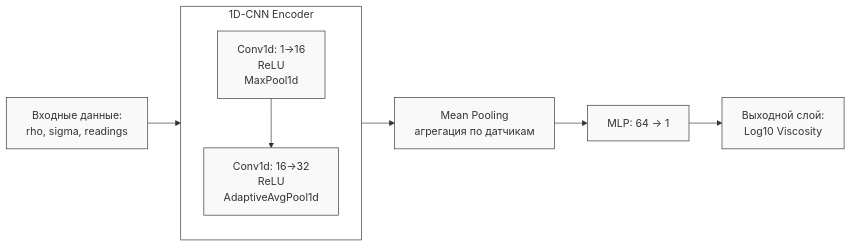
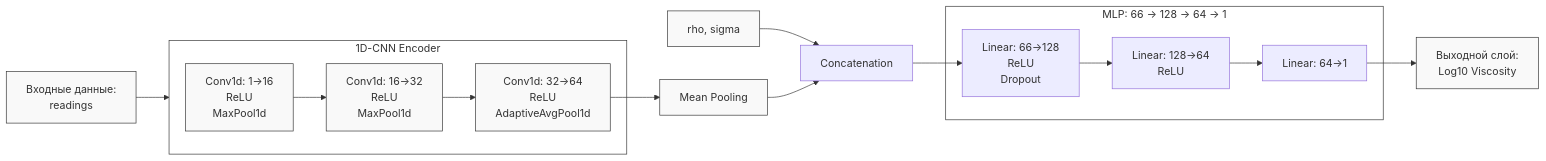
One commit to Stepaijio/goodagent changed the diagram in ML_Variant2_Analysis.md. Above: the diagram before and after it, drawn with Mermaid. The commit also changed other lines of this file, not shown here.

Commit message:
Update ML_Variant2_Analysis.md with refined architecture diagram

````diff
--- a/ML_Variant2_Analysis.md
+++ b/ML_Variant2_Analysis.md
@@ -9,23 +9,38 @@
 ```mermaid
 graph LR
-    Input[Входные данные:<br/>rho, sigma, readings] --> CNN[1D-CNN Encoder]
+    Input[Входные данные:<br/>readings] --> CNN
     
     subgraph CNN [1D-CNN Encoder]
         C1[Conv1d: 1->16<br/>ReLU<br/>MaxPool1d]
-        C2[Conv1d: 16->32<br/>ReLU<br/>AdaptiveAvgPool1d]
-        C1 --> C2
+        C2[Conv1d: 16->32<br/>ReLU<br/>MaxPool1d]
+        C3[Conv1d: 32->64<br/>ReLU<br/>AdaptiveAvgPool1d]
+        C1 --> C2 --> C3
     end
 
-    CNN --> Pool[Mean Pooling<br/>агрегация по датчикам]
-    Pool --> MLP[MLP: 64 -> 1]
-    MLP --> Output[Выходной слой:<br/>Log10 Viscosity]
+    C3 --> Pool[Mean Pooling]
+    
+    %% Глобальные признаки
+    Global[rho, sigma] --> Concat[Concatenation]
+    Pool --> Concat
+    
+    subgraph MLP [MLP: 66 -> 128 -> 64 -> 1]
+        L1[Linear: 66->128<br/>ReLU<br/>Dropout]
+        L2[Linear: 128->64<br/>ReLU]
+        L3[Linear: 64->1]
+        L1 --> L2 --> L3
+    end
+    
+    Concat --> L1
+    L3 --> Output[Выходной слой:<br/>Log10 Viscosity]
 
     %% Стилизация
     style CNN fill:#fff,stroke:#333
+    style MLP fill:#fff,stroke:#333
     style Input fill:#f9f9f9,stroke:#333
+    style Global fill:#f9f9f9,stroke:#333
     style Output fill:#f9f9f9,stroke:#333
     style C1 fill:#f9f9f9,stroke:#333
     style C2 fill:#f9f9f9,stroke:#333
+    style C3 fill:#f9f9f9,stroke:#333
     style Pool fill:#f9f9f9,stroke:#333
-    style MLP fill:#f9f9f9,stroke:#333
 ```
````
